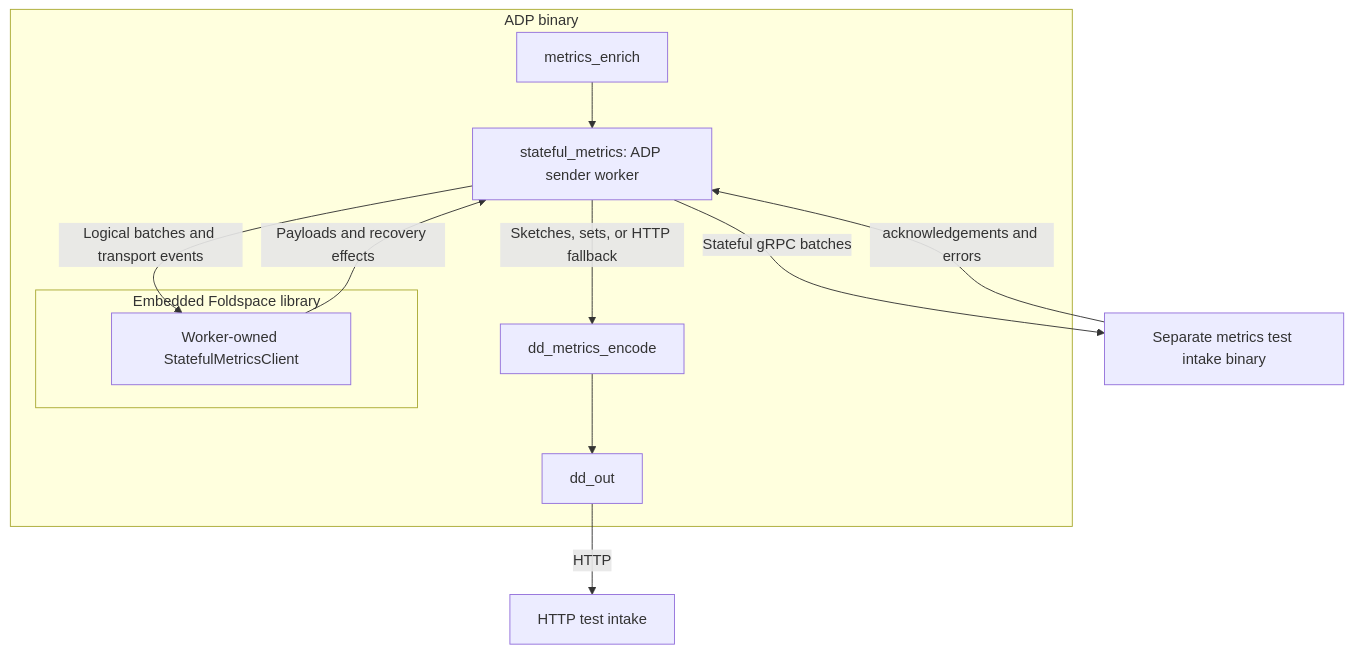
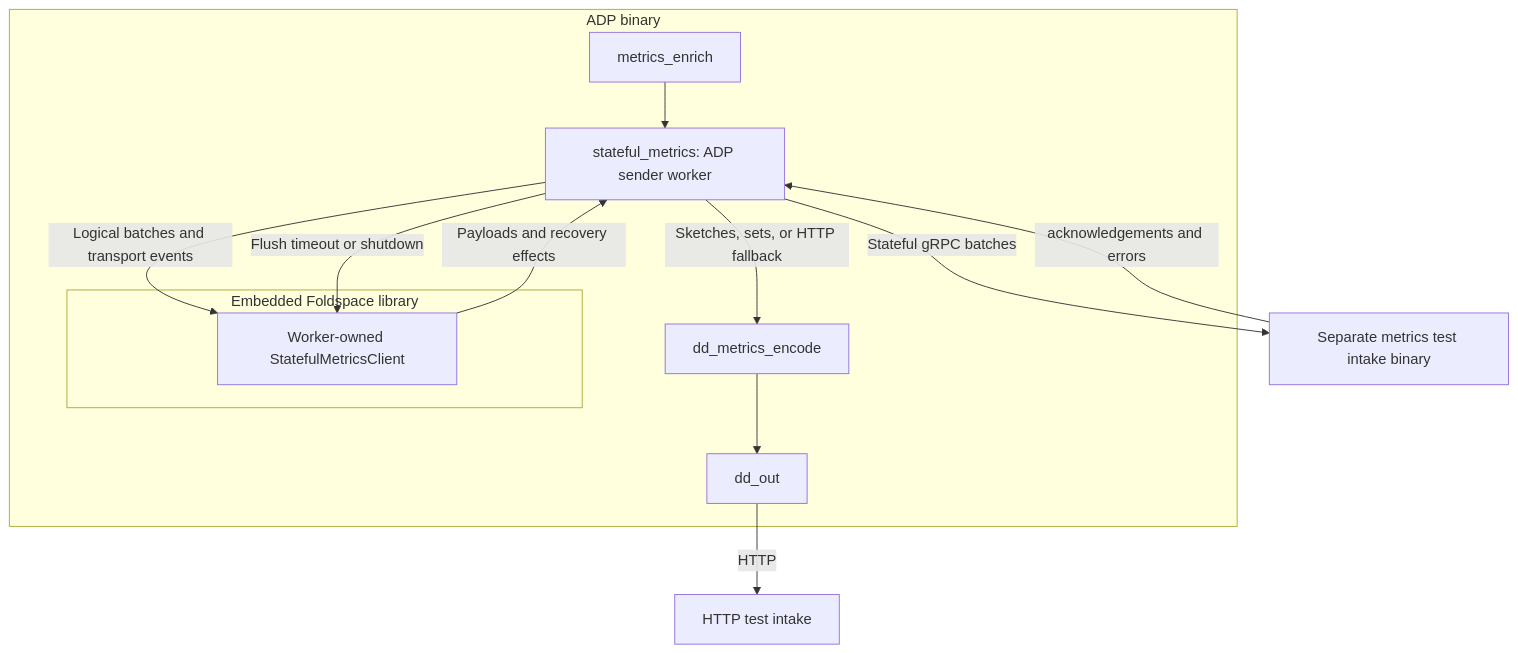
Before and after one commit to DataDog/saluki: the diagram in docs/development/stateful-metrics.md, drawn with Mermaid. The commit also changed other lines of this file and 6 other files, not shown here.

````diff
--- a/docs/development/stateful-metrics.md
+++ b/docs/development/stateful-metrics.md
@@ -12,16 +12,17 @@
 ```mermaid
 flowchart TB
     subgraph ADP[ADP binary]
         Enrich[metrics_enrich] --> Worker["stateful_metrics: ADP sender worker"]
         subgraph Library[Embedded Foldspace library]
             Core["Worker-owned StatefulMetricsClient"]
         end
         Worker -->|Logical batches and transport events| Core
+        Worker -->|Flush timeout or shutdown| Core
         Core -->|Payloads and recovery effects| Worker
         Worker -->|Sketches, sets, or HTTP fallback| Encode[dd_metrics_encode]
         Encode --> Out[dd_out]
     end
     Worker -->|Stateful gRPC batches| Intake[Separate metrics test intake binary]
     Intake -->|acknowledgements and errors| Worker
     Out -->|HTTP| HTTP[HTTP test intake]
 ```
````
